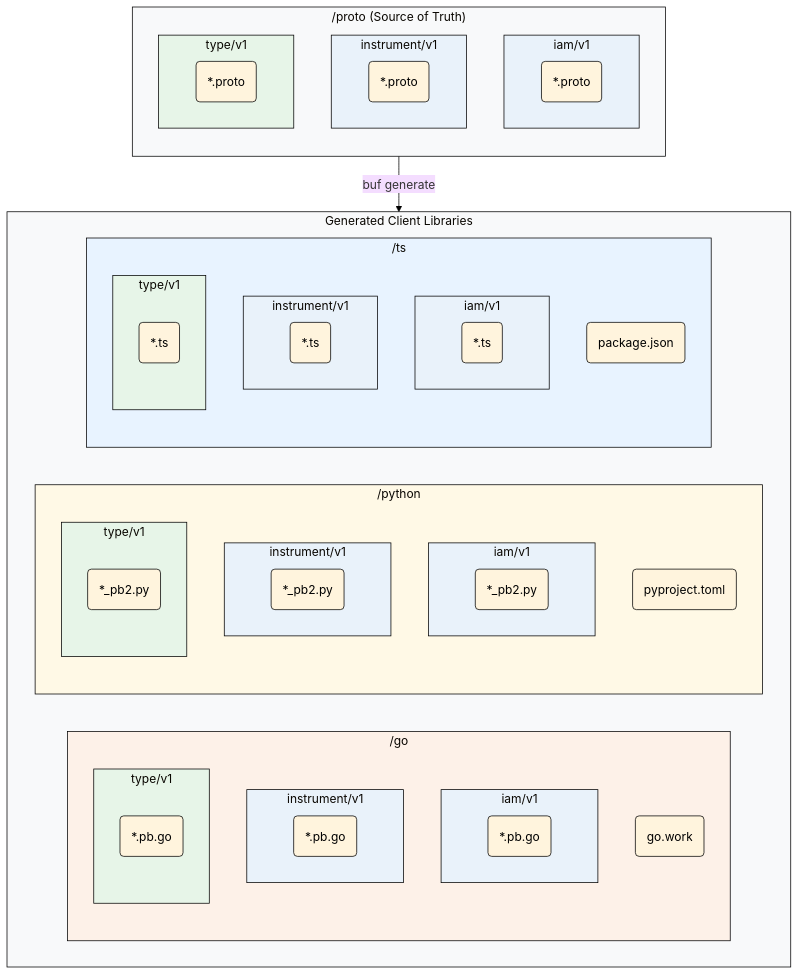
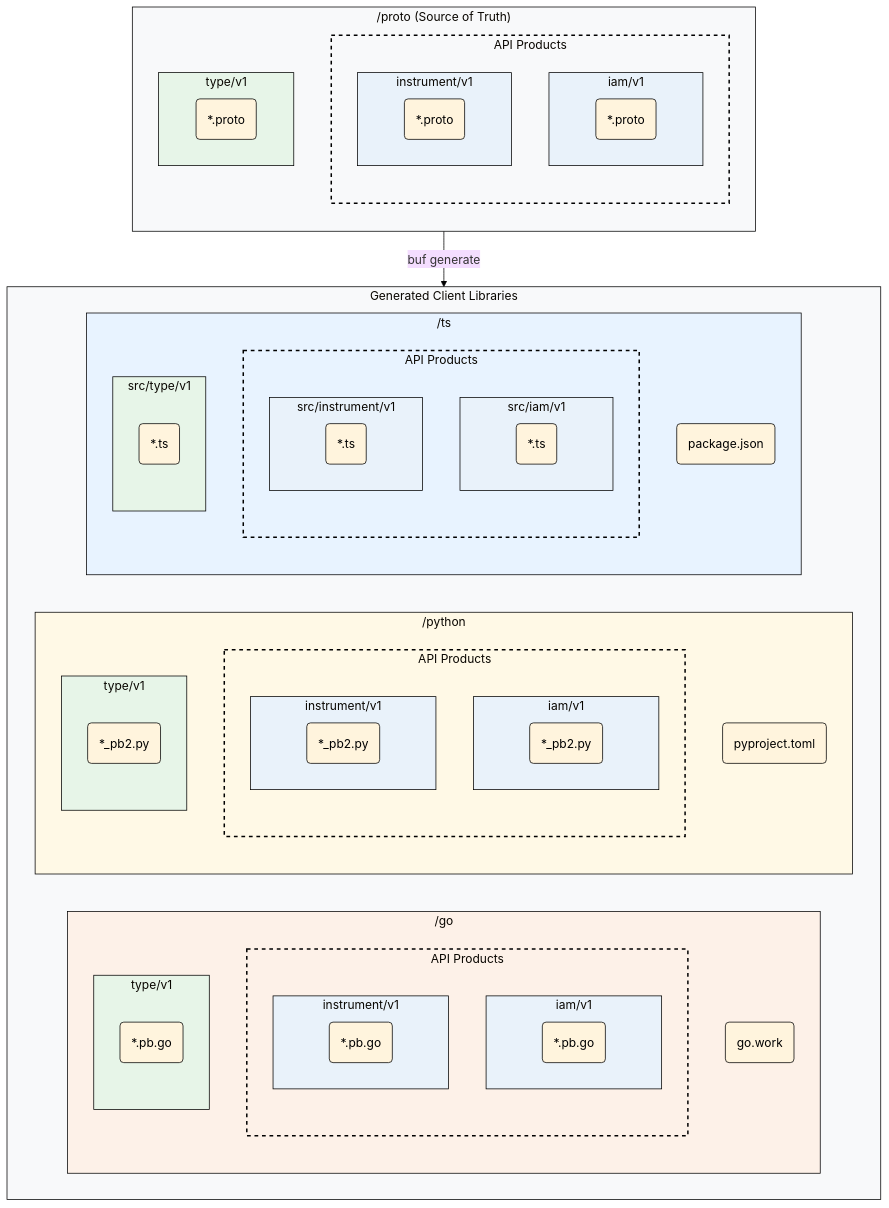
One commit to meshtrade/api changed the diagram in README.md. Above: the diagram before and after it, drawn with Mermaid. The commit also changed 1 other file, not shown here.

Commit message:
add basic readme

````diff
--- a/README.md
+++ b/README.md
@@ -29,11 +29,14 @@
 
     subgraph proto ["/proto (Source of Truth)"]
         direction TB
-        subgraph p_iam ["iam/v1"]
-            p_iam_files("*.proto")
-        end
-        subgraph p_instrument ["instrument/v1"]
-            p_instrument_files("*.proto")
+        subgraph p_api_products ["API Products"]
+             direction TB
+             subgraph p_iam ["iam/v1"]
+                p_iam_files("*.proto")
+            end
+            subgraph p_instrument ["instrument/v1"]
+                p_instrument_files("*.proto")
+            end
         end
         subgraph p_type ["type/v1"]
             p_type_files("*.proto")
@@ -46,11 +49,14 @@
         subgraph go ["/go"]
             direction TB
             go_workspace("go.work")
-            subgraph go_iam ["iam/v1"]
-                go_iam_files("*.pb.go")
-            end
-            subgraph go_instrument ["instrument/v1"]
-                go_instrument_files("*.pb.go")
+            subgraph go_api_products ["API Products"]
+                direction TB
+                subgraph go_iam ["iam/v1"]
+                    go_iam_files("*.pb.go")
+                end
+                subgraph go_instrument ["instrument/v1"]
+                    go_instrument_files("*.pb.go")
+                end
             end
             subgraph go_type ["type/v1"]
                 go_type_files("*.pb.go")
@@ -60,11 +66,14 @@
         subgraph python ["/python"]
             direction TB
             py_mod("pyproject.toml")
-            subgraph py_iam ["iam/v1"]
-                py_iam_files("*_pb2.py")
-            end
-            subgraph py_instrument ["instrument/v1"]
-                py_instrument_files("*_pb2.py")
+             subgraph py_api_products ["API Products"]
+                direction TB
+                subgraph py_iam ["iam/v1"]
+                    py_iam_files("*_pb2.py")
+                end
+                subgraph py_instrument ["instrument/v1"]
+                    py_instrument_files("*_pb2.py")
+                end
             end
             subgraph py_type ["type/v1"]
                 py_type_files("*_pb2.py")
@@ -74,13 +83,16 @@
         subgraph ts ["/ts"]
             direction TB
             ts_mod("package.json")
-            subgraph ts_iam ["iam/v1"]
-                ts_iam_files("*.ts")
+            subgraph ts_api_products ["API Products"]
+                direction TB
+                subgraph ts_iam ["src/iam/v1"]
+                    ts_iam_files("*.ts")
+                end
+                subgraph ts_instrument ["src/instrument/v1"]
+                    ts_instrument_files("*.ts")
+                end
             end
-            subgraph ts_instrument ["instrument/v1"]
-                ts_instrument_files("*.ts")
-            end
-            subgraph ts_type ["type/v1"]
+            subgraph ts_type ["src/type/v1"]
                 ts_type_files("*.ts")
             end
         end
@@ -115,4 +127,10 @@
     style go fill:#fdf1e8,stroke:#000
     style python fill:#fff9e6,stroke:#000
     style ts fill:#e8f3ff,stroke:#000
+
+    %% Dotted line block for API Products
+    style p_api_products fill:none,stroke:#000,stroke-width:2px,stroke-dasharray: 5 5
+    style go_api_products fill:none,stroke:#000,stroke-width:2px,stroke-dasharray: 5 5
+    style py_api_products fill:none,stroke:#000,stroke-width:2px,stroke-dasharray: 5 5
+    style ts_api_products fill:none,stroke:#000,stroke-width:2px,stroke-dasharray: 5 5
 ```
````
